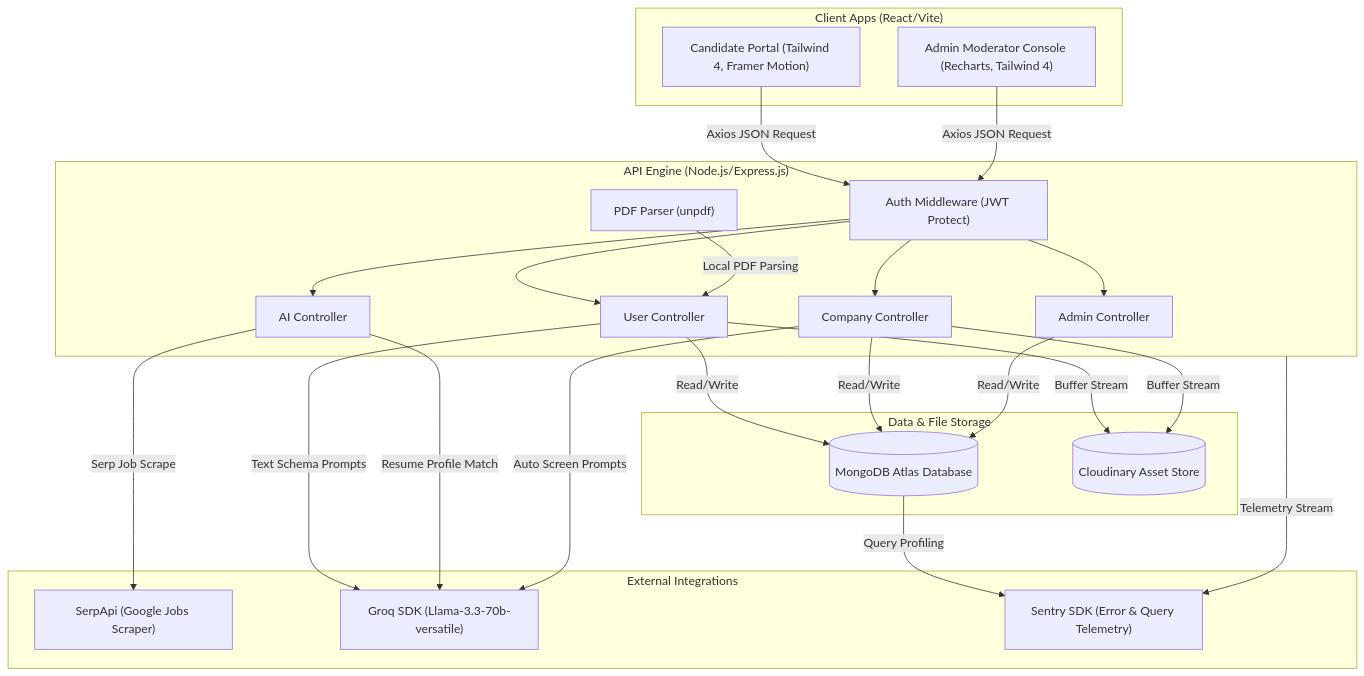
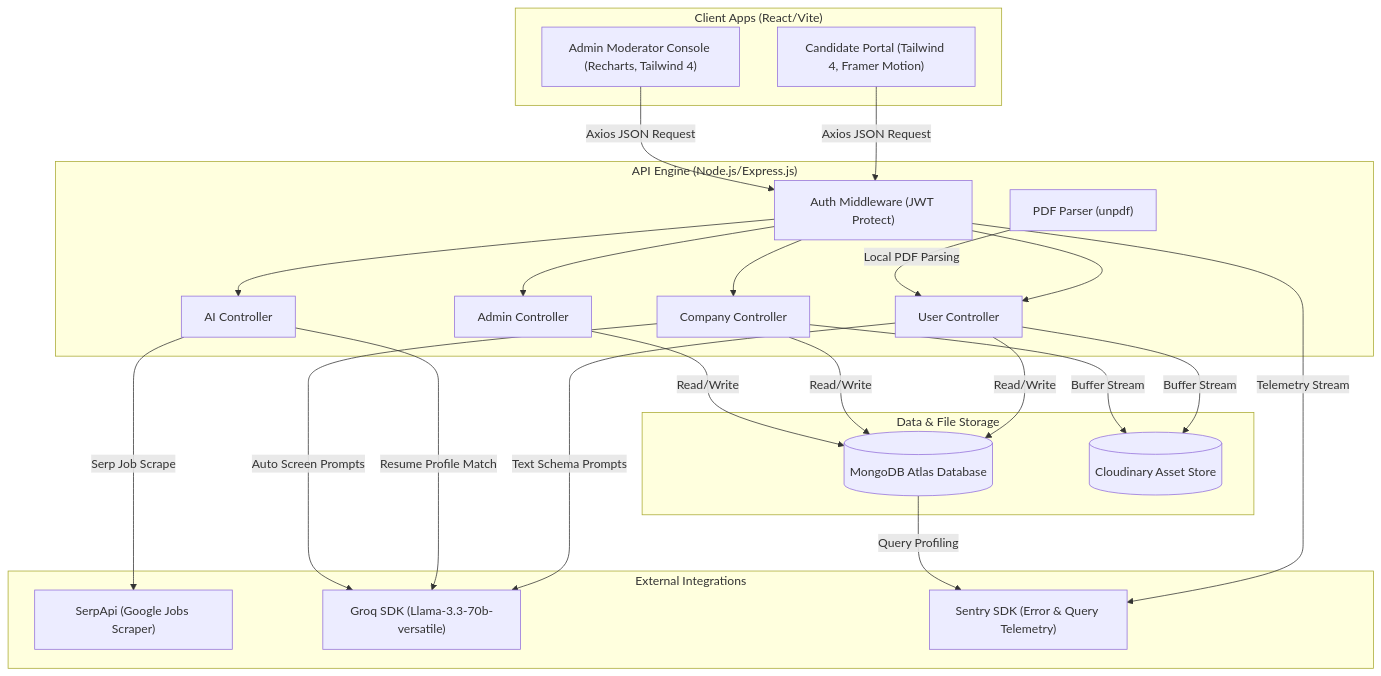
The first of 3 diagrams in README.md (SarthakDudhe/InsiderJobs), drawn with Mermaid before and after one commit. The commit also changed other lines of this file, not shown here.

Commit message:
update Mermaid diagrams with correct formatting and authentication flow accuracy

````diff
--- a/README.md
+++ b/README.md
@@ -83,57 +83,57 @@
 ```mermaid
 flowchart TD
     subgraph ClientLayer ["Client Apps (React/Vite)"]
         CandidateApp["Candidate Portal (Tailwind 4, Framer Motion)"]
         AdminApp["Admin Moderator Console (Recharts, Tailwind 4)"]
     end
 
     subgraph APILayer ["API Engine (Node.js/Express.js)"]
         AuthMiddleware["Auth Middleware (JWT Protect)"]
         UserController["User Controller"]
         CompanyController["Company Controller"]
         AdminController["Admin Controller"]
         AIController["AI Controller"]
         PDFParser["PDF Parser (unpdf)"]
     end
 
     subgraph DataStorage ["Data & File Storage"]
-        MongoDB[("MongoDB Atlas Database")]
-        Cloudinary[("Cloudinary Asset Store")]
+        MongoDB[(MongoDB Atlas Database)]
+        Cloudinary[(Cloudinary Asset Store)]
     end
 
     subgraph ThirdParty ["External Integrations"]
         SerpApi["SerpApi (Google Jobs Scraper)"]
         GroqSDK["Groq SDK (Llama-3.3-70b-versatile)"]
         Sentry["Sentry SDK (Error & Query Telemetry)"]
     end
 
     %% Client Communication
     CandidateApp -->|Axios JSON Request| AuthMiddleware
     AdminApp -->|Axios JSON Request| AuthMiddleware
 
     %% Middleware Routing
     AuthMiddleware --> UserController
     AuthMiddleware --> CompanyController
     AuthMiddleware --> AdminController
     AuthMiddleware --> AIController
 
     %% Core Data Flows
     UserController -->|Read/Write| MongoDB
     CompanyController -->|Read/Write| MongoDB
     AdminController -->|Read/Write| MongoDB
 
     %% Files Upload
     UserController -->|Buffer Stream| Cloudinary
     CompanyController -->|Buffer Stream| Cloudinary
 
     %% AI Integrations
     PDFParser -->|Local PDF Parsing| UserController
     UserController -->|Text Schema Prompts| GroqSDK
     AIController -->|Serp Job Scrape| SerpApi
     AIController -->|Resume Profile Match| GroqSDK
     CompanyController -->|Auto Screen Prompts| GroqSDK
     
     %% Error Logging
-    APILayer -->|Telemetry Stream| Sentry
+    AuthMiddleware -->|Telemetry Stream| Sentry
     MongoDB -->|Query Profiling| Sentry
 ```
````
